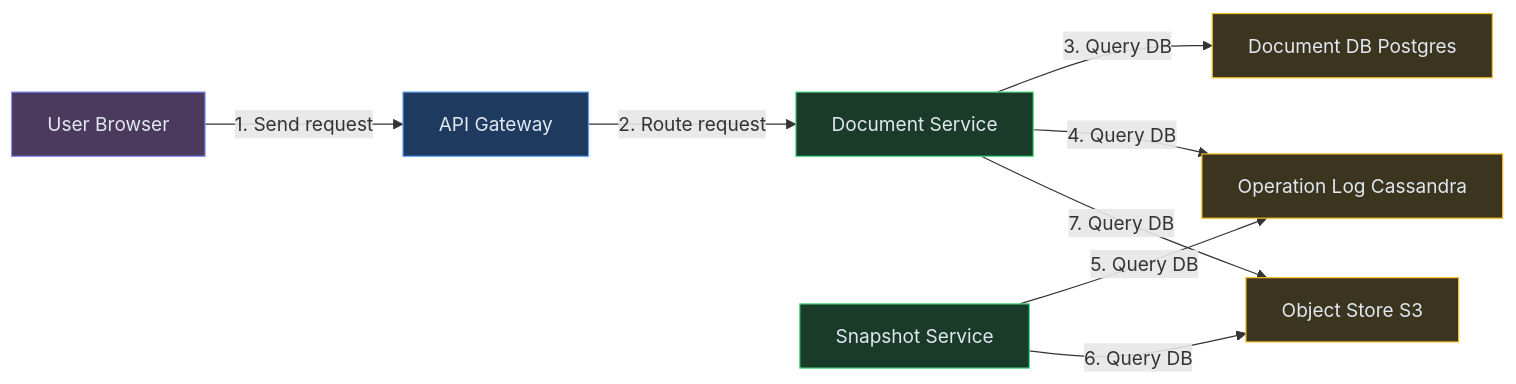
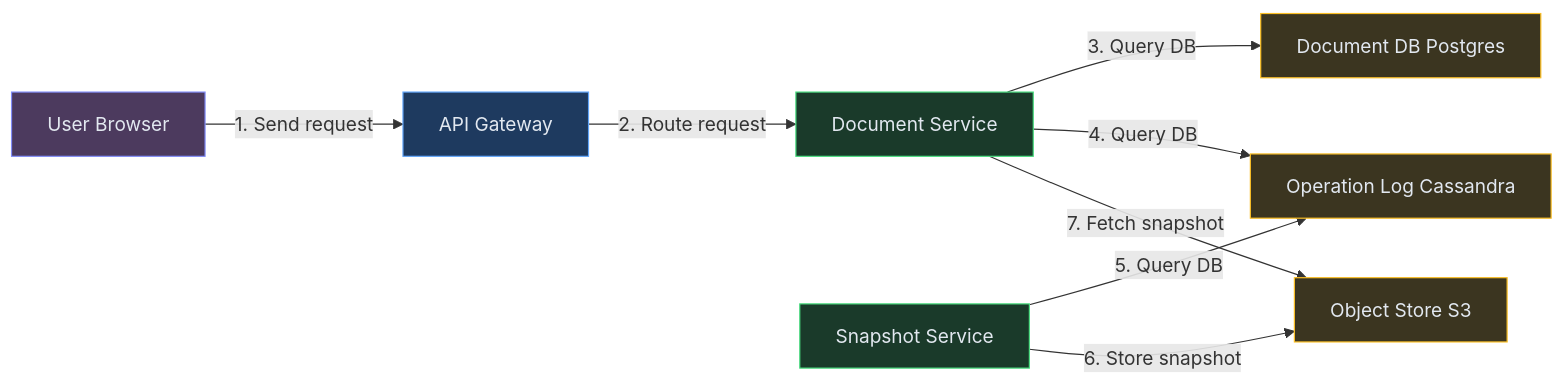
One commit to iluzn/HLD-Designs changed the third of 11 diagrams in content/hld/GoogleDocs.md. Above: the diagram before and after it, drawn with Mermaid. The commit also changed 1 other file, not shown here.

Commit message:
fix(hld): Fix mislabeled S3 arrows — 'Query DB' → proper storage labels
GoogleDocs: 'Query DB' on S3 arrows → 'Store snapshot' / 'Fetch snapshot'
Instagram: 'Query DB' on S3 arrows → 'Upload media' / 'Store processed media'

S3 is object storage, not a database — arrows should say store/fetch/upload.

````diff
--- a/content/hld/GoogleDocs.md
+++ b/content/hld/GoogleDocs.md
@@ -251,23 +251,23 @@
 ```mermaid
 flowchart LR
     User["User Browser"]:::client
     GW["API Gateway"]:::edge
     DS["Document Service"]:::service
     DB["Document DB Postgres"]:::data
     OL["Operation Log Cassandra"]:::data
     SS["Snapshot Service"]:::service
     S3["Object Store S3"]:::data
 
     User -->|"1. Send request"| GW
     GW -->|"2. Route request"| DS
     DS -->|"3. Query DB"| DB
     DS -->|"4. Query DB"| OL
     SS -->|"5. Query DB"| OL
-    SS -->|"6. Query DB"| S3
-    DS -->|"7. Query DB"| S3
+    SS -->|"6. Store snapshot"| S3
+    DS -->|"7. Fetch snapshot"| S3
 
     classDef client fill:#4c3a5e,stroke:#818cf8,color:#e2e8f0
     classDef edge fill:#1e3a5f,stroke:#60a5fa,color:#e2e8f0
     classDef service fill:#1a3a2a,stroke:#4ade80,color:#e2e8f0
     classDef data fill:#3b3520,stroke:#fbbf24,color:#e2e8f0
 ```
````
